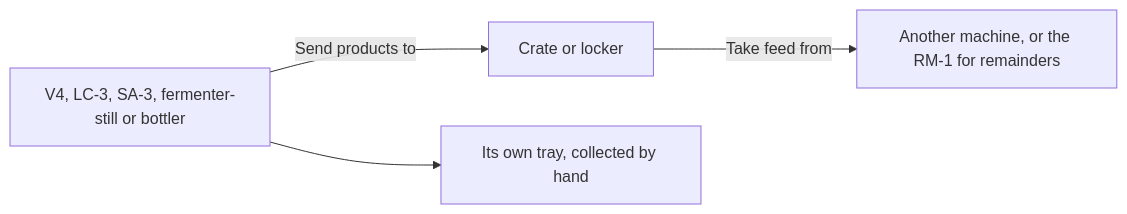
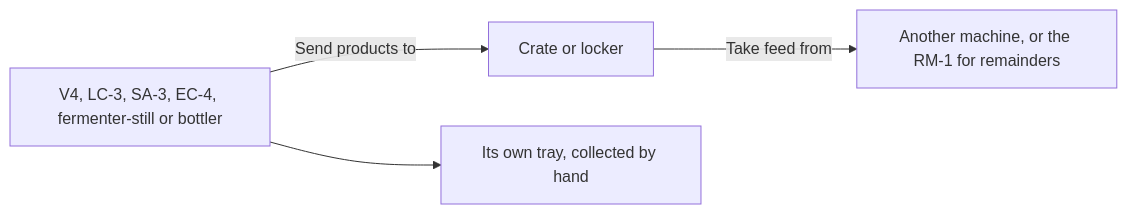
Before and after one commit to phobos-dthorga/phobos-ostranauts: the second of 3 diagrams in docs/automatic-material-routing.md, drawn with Mermaid. The commit also changed other lines of this file and 66 other files, not shown here.

````diff
--- a/docs/automatic-material-routing.md
+++ b/docs/automatic-material-routing.md
@@ -95,6 +95,6 @@
 ```mermaid
 flowchart LR
-    Machine["V4, LC-3, SA-3, fermenter-still or bottler"] -->|Send products to| Store["Crate or locker"]
+    Machine["V4, LC-3, SA-3, EC-4, fermenter-still or bottler"] -->|Send products to| Store["Crate or locker"]
     Store -->|Take feed from| Next["Another machine, or the RM-1 for remainders"]
     Machine --> Tray["Its own tray, collected by hand"]
 ```
````
